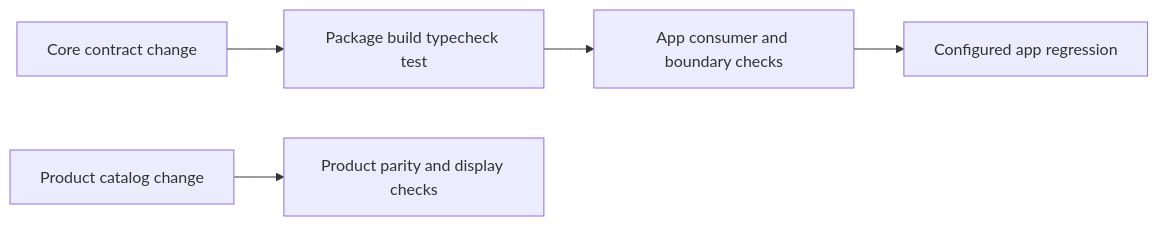
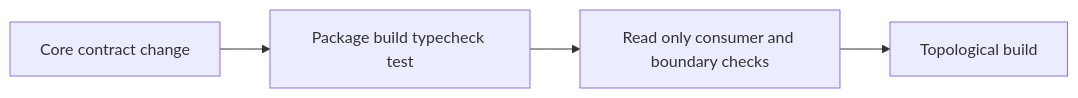
Before and after one commit to Huruikagi/pc-build-planner: the third of 5 diagrams in .kiro/specs/typed-messages-core/design.md, drawn with Mermaid. The commit also changed other lines of this file and 85 other files, not shown here.

````diff
--- a/.kiro/specs/typed-messages-core/design.md
+++ b/.kiro/specs/typed-messages-core/design.md
@@ -174,7 +169,6 @@
 ```mermaid
 flowchart LR
     CoreChange[Core contract change] --> PackageChecks[Package build typecheck test]
-    PackageChecks --> ConsumerChecks[App consumer and boundary checks]
-    ConsumerChecks --> AppRegression[Configured app regression]
-    CatalogChange[Product catalog change] --> CatalogChecks[Product parity and display checks]
+    PackageChecks --> ConsumerChecks[Read only consumer and boundary checks]
+    ConsumerChecks --> TopologicalBuild[Topological build]
 ```
````
